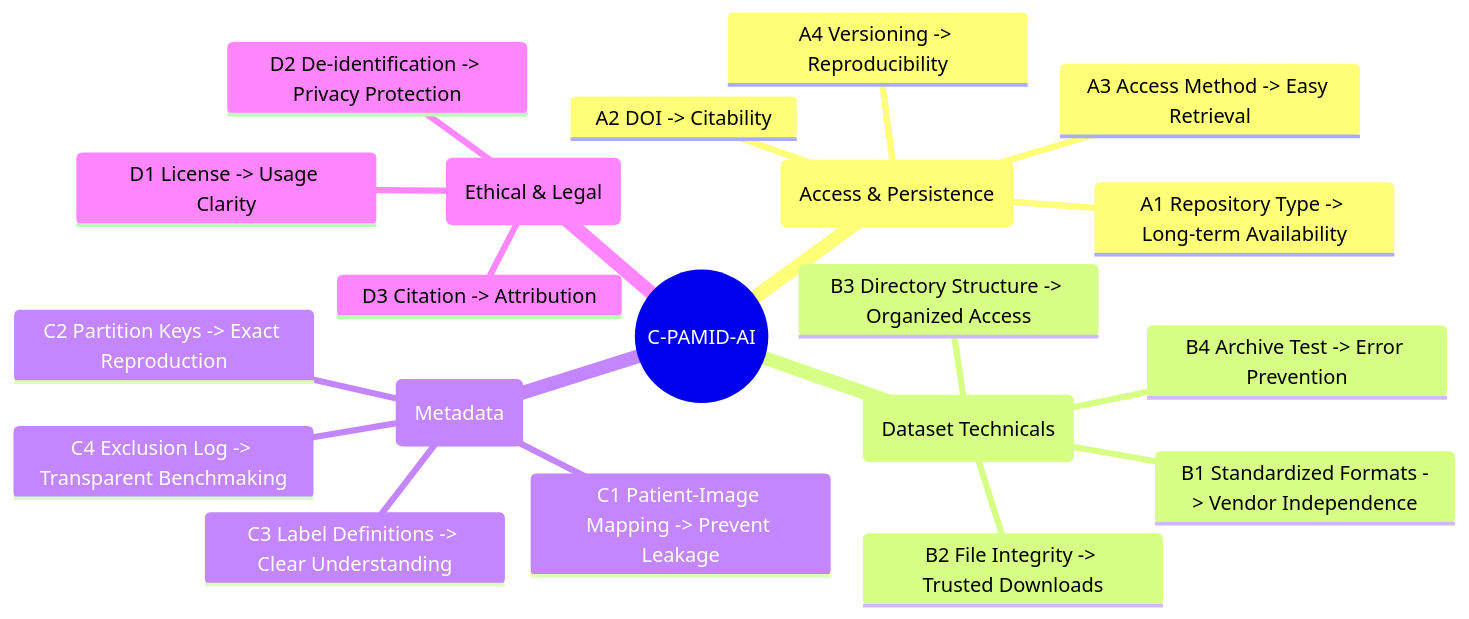
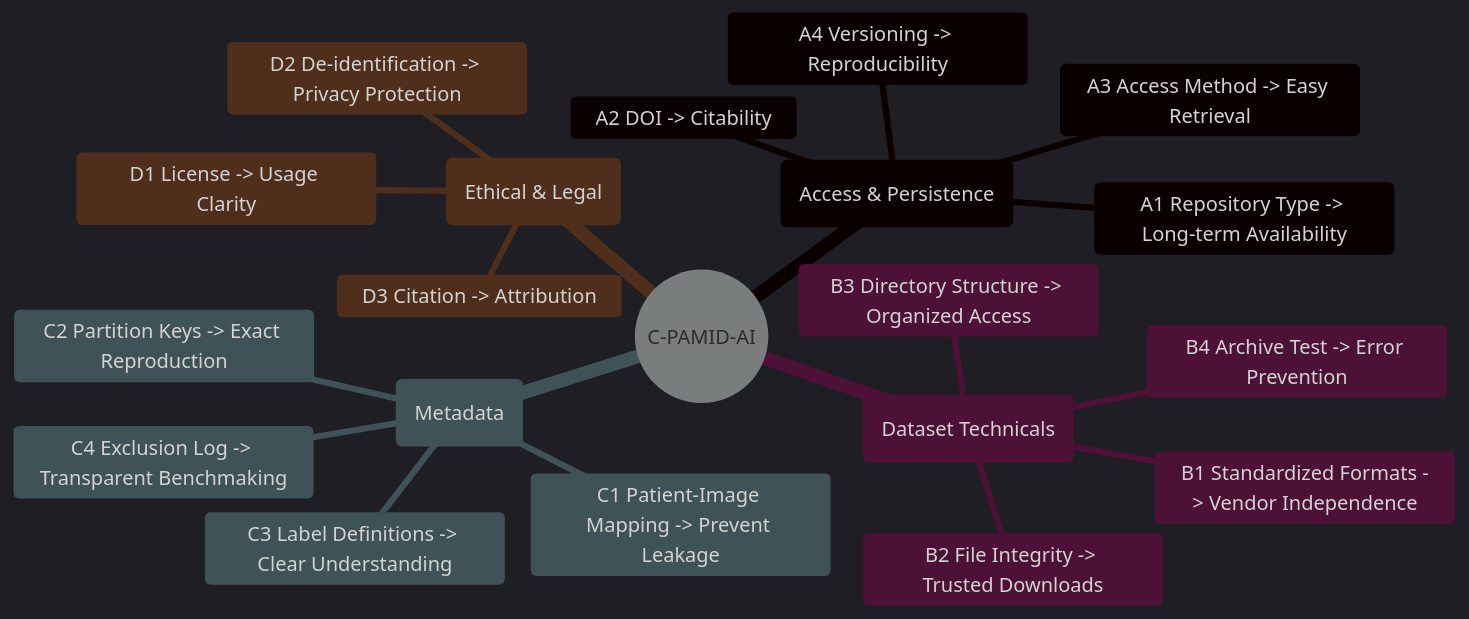
Before and after one commit to RadioX-Labs/C-PAMID-AI: the third of 3 diagrams in README.md, drawn with Mermaid.

Commit message:
Set dark theme for mindmap diagram to ensure text visibility on dark backgrounds

````diff
--- a/README.md
+++ b/README.md
@@ -128,27 +128,28 @@
 ```mermaid
+%%{init: { 'theme': 'dark' } }%%
 mindmap
   root((C-PAMID-AI))
     (Access & Persistence)
       ::icon(fa fa-lock)
       A1 Repository Type -> Long-term Availability
       A2 DOI -> Citability
       A3 Access Method -> Easy Retrieval
       A4 Versioning -> Reproducibility
     (Dataset Technicals)
       ::icon(fa fa-cogs)
       B1 Standardized Formats -> Vendor Independence
       B2 File Integrity -> Trusted Downloads
       B3 Directory Structure -> Organized Access
       B4 Archive Test -> Error Prevention
     (Metadata)
       ::icon(fa fa-tags)
       C1 Patient-Image Mapping -> Prevent Leakage
       C2 Partition Keys -> Exact Reproduction
       C3 Label Definitions -> Clear Understanding
       C4 Exclusion Log -> Transparent Benchmaking
     (Ethical & Legal)
       ::icon(fa fa-scale)
       D1 License -> Usage Clarity
       D2 De-identification -> Privacy Protection
       D3 Citation -> Attribution
 ```
````
